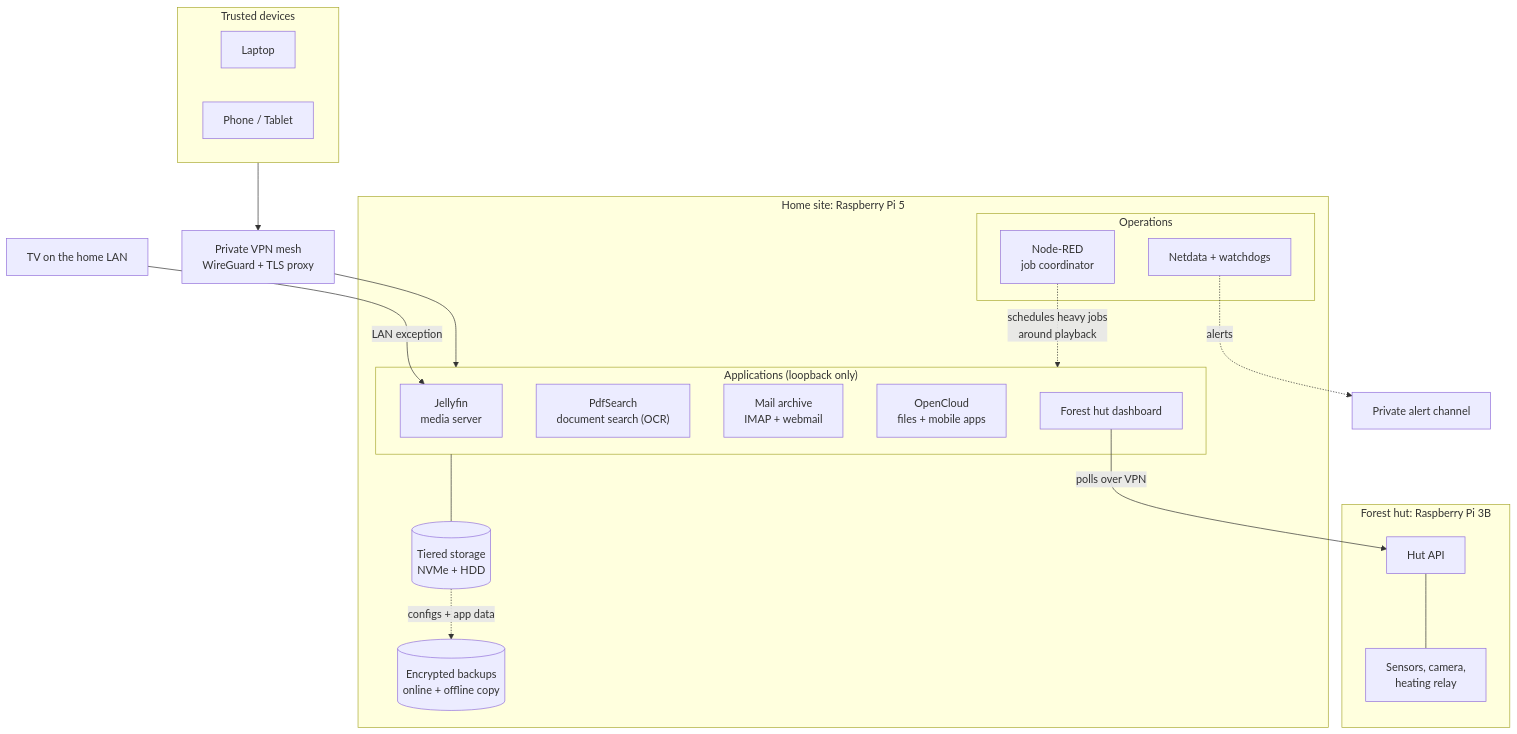
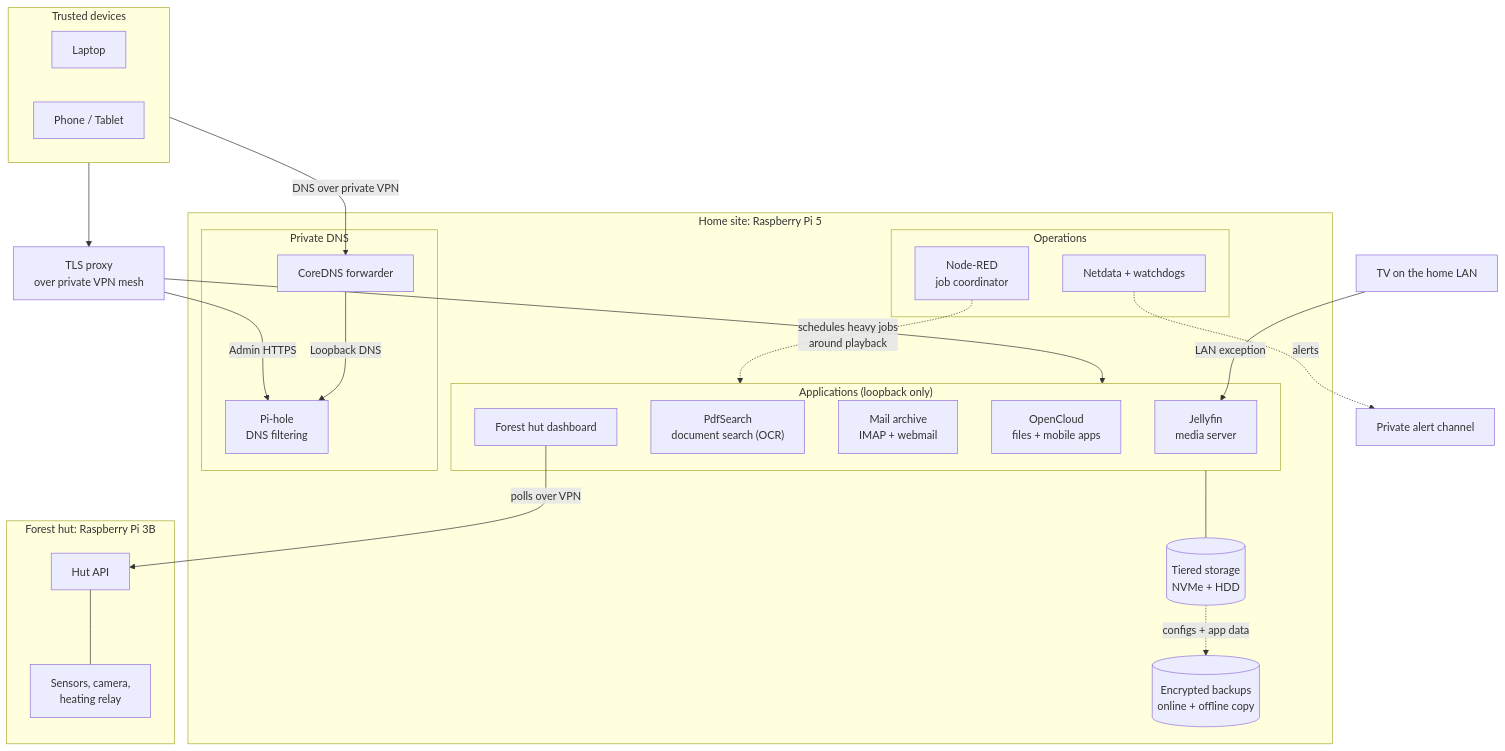
One commit to KTV02/homelab changed the diagram in README.md. Above: the diagram before and after it, drawn with Mermaid. The commit also changed other lines of this file and 2 other files, not shown here.

Commit message:
Show Pi-hole in the public architecture and service lists

````diff
--- a/README.md
+++ b/README.md
@@ -25,40 +25,47 @@
 ```mermaid
 flowchart TB
     subgraph Clients["Trusted devices"]
         Laptop["Laptop"]
         Phone["Phone / Tablet"]
     end
     TV["TV on the home LAN"]
 
-    Proxy["Private VPN mesh<br/>WireGuard + TLS proxy"]
+    Proxy["TLS proxy<br/>over private VPN mesh"]
 
     subgraph Home["Home site: Raspberry Pi 5"]
         subgraph Apps["Applications (loopback only)"]
             Jelly["Jellyfin<br/>media server"]
             Pdf["PdfSearch<br/>document search (OCR)"]
             Mail["Mail archive<br/>IMAP + webmail"]
             Cloud["OpenCloud<br/>files + mobile apps"]
             Dash["Forest hut dashboard"]
+        end
+        subgraph DNS["Private DNS"]
+            Forwarder["CoreDNS forwarder"]
+            PiHole["Pi-hole<br/>DNS filtering"]
         end
         subgraph Ops["Operations"]
             NR["Node-RED<br/>job coordinator"]
             Mon["Netdata + watchdogs"]
         end
         Store[("Tiered storage<br/>NVMe + HDD")]
         Bak[("Encrypted backups<br/>online + offline copy")]
     end
 
     subgraph Hut["Forest hut: Raspberry Pi 3B"]
         API["Hut API"]
         Dev["Sensors, camera,<br/>heating relay"]
     end
 
     Chat["Private alert channel"]
 
     Clients --> Proxy --> Apps
+    Clients -->|DNS over private VPN| Forwarder
+    Forwarder -->|Loopback DNS| PiHole
+    Proxy -->|Admin HTTPS| PiHole
     TV -- "LAN exception" --> Jelly
     Dash -- "polls over VPN" --> API --- Dev
     Apps --- Store -. "configs + app data" .-> Bak
     NR -. "schedules heavy jobs<br/>around playback" .-> Apps
     Mon -. "alerts" .-> Chat
 ```
````
